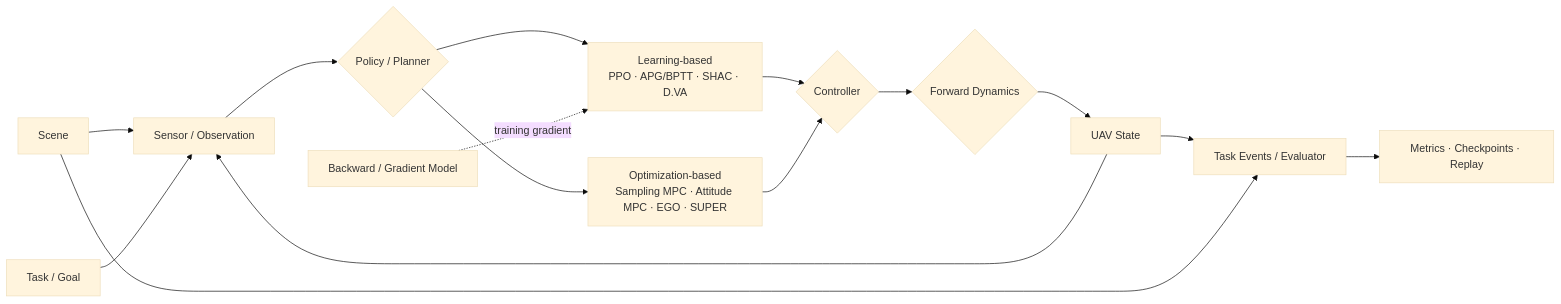
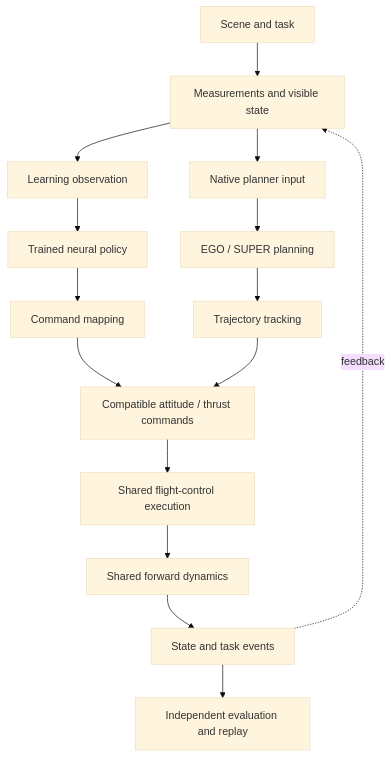
Before and after one commit to sycamore-yu/drone_playground: the diagram in README.md, drawn with Mermaid (base theme). The commit also changed other lines of this file and 10 other files, not shown here.

Commit message:
docs: define composable slots and add interactive Archify architecture

````diff
--- a/README.md
+++ b/README.md
@@ -13,20 +15,17 @@
 ```mermaid
-flowchart LR
-    S[Scene] --> P[Sensor / Observation]
-    T[Task / Goal] --> P
-
-    P --> M{Policy / Planner}
-    M --> L[Learning-based\nPPO · APG/BPTT · SHAC · D.VA]
-    M --> O[Optimization-based\nSampling MPC · Attitude MPC · EGO · SUPER]
-
-    L --> C{Controller}
-    O --> C
-    C --> D{Forward Dynamics}
-    D --> X[UAV State]
-    X --> P
-
-    B[Backward / Gradient Model] -. training gradient .-> L
-    E[Task Events / Evaluator] --> R[Metrics · Checkpoints · Replay]
-    X --> E
-    S --> E
+flowchart TD
+    S[Scene and task] --> P[Measurements and visible state]
+    P --> L[Learning observation]
+    P --> O[Native planner input]
+    L --> LP[Trained neural policy]
+    O --> OP[EGO / SUPER planning]
+    LP --> LC[Command mapping]
+    OP --> OC[Trajectory tracking]
+    LC --> C[Compatible attitude / thrust commands]
+    OC --> C
+    C --> F[Shared flight-control execution]
+    F --> D[Shared forward dynamics]
+    D --> X[State and task events]
+    X -. feedback .-> P
+    X --> R[Independent evaluation and replay]
 ```
````
